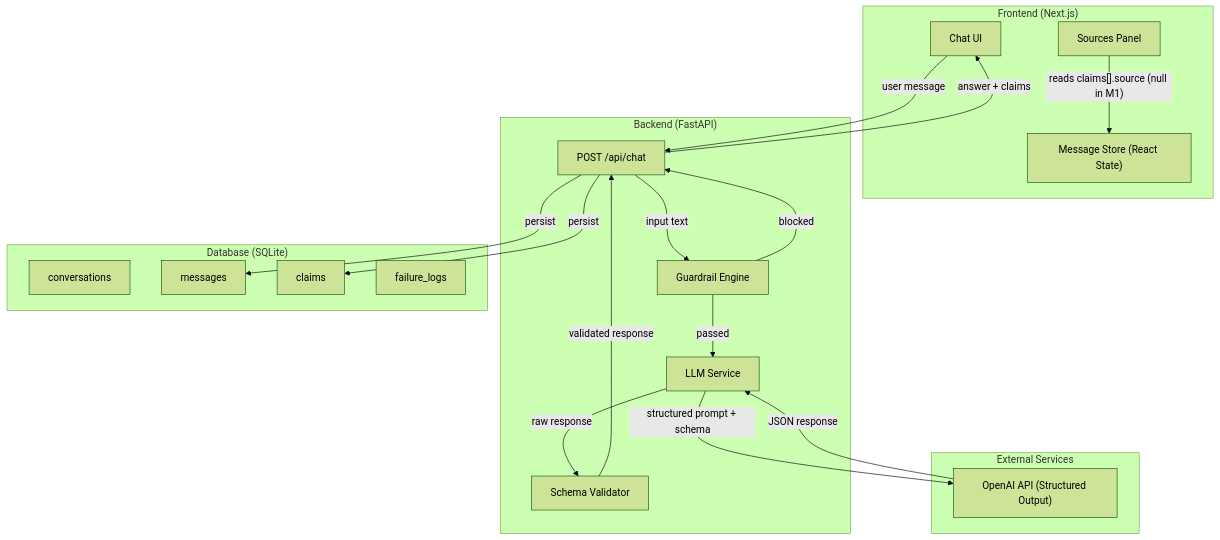
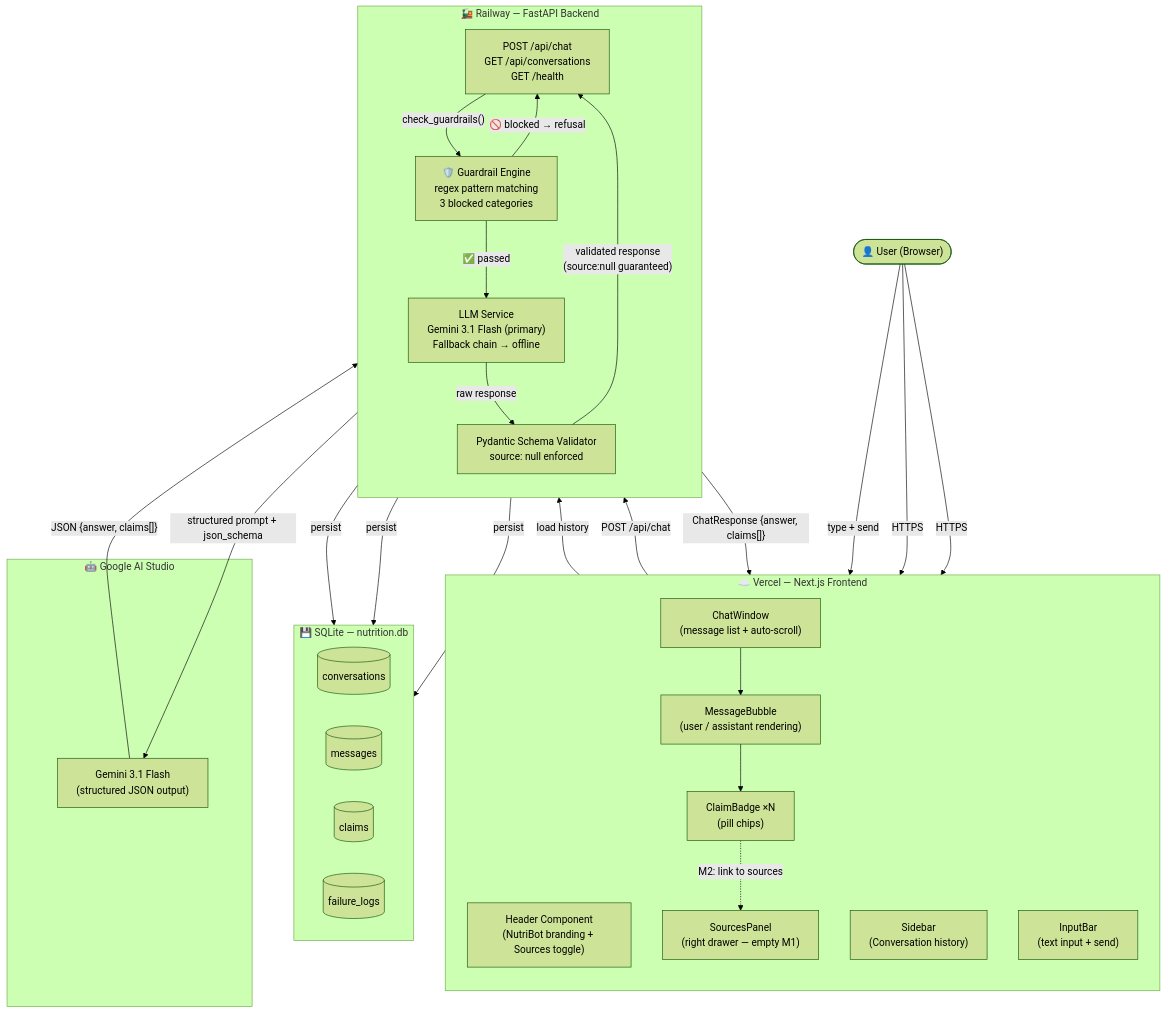
Before and after one commit to TheAlphaBA/Nutrition-app: the first of 6 diagrams in docs/architecture.md, drawn with Mermaid (forest theme). The commit also changed other lines of this file and 6 other files, not shown here.

First line of the commit message:
docs: upgrade all markdown files with rich Mermaid diagrams for better understanding

````diff
--- a/docs/architecture.md
+++ b/docs/architecture.md
@@ -9,39 +9,55 @@
 ```mermaid
 flowchart TB
-    subgraph Client["Frontend (Next.js)"]
-        UI["Chat UI"]
-        SP["Sources Panel"]
-        MS["Message Store (React State)"]
+    User(["👤 User (Browser)"])
+
+    subgraph Frontend["☁️ Vercel — Next.js Frontend"]
+        direction TB
+        Header["Header Component\n(NutriBot branding + Sources toggle)"]
+        Sidebar["Sidebar\n(Conversation history)"]        
+        ChatUI["ChatWindow\n(message list + auto-scroll)"]
+        MsgBubble["MessageBubble\n(user / assistant rendering)"]
+        ClaimBadge["ClaimBadge ×N\n(pill chips)"]        
+        InputBar["InputBar\n(text input + send)"]
+        SourcesDrawer["SourcesPanel\n(right drawer — empty M1)"]
     end
 
-    subgraph Server["Backend (FastAPI)"]
-        API["POST /api/chat"]
-        GR["Guardrail Engine"]
-        LLM["LLM Service"]
-        SC["Schema Validator"]
+    subgraph Backend["🚂 Railway — FastAPI Backend"]
+        direction TB
+        Router["POST /api/chat\nGET /api/conversations\nGET /health"]
+        Guardrails["🛡️ Guardrail Engine\nregex pattern matching\n3 blocked categories"]
+        LLM["LLM Service\nGemini 3.1 Flash (primary)\nFallback chain → offline"]
+        Validator["Pydantic Schema Validator\nsource: null enforced"]
     end
 
-    subgraph External["External Services"]
-        OAI["OpenAI API (Structured Output)"]
+    subgraph DB["💾 SQLite — nutrition.db"]
+        direction LR
+        T1[("conversations")]
+        T2[("messages")]
+        T3[("claims")]
+        T4[("failure_logs")]
     end
 
-    subgraph Storage["Database (SQLite)"]
-        CONV["conversations"]
-        MSG["messages"]
-        CL["claims"]
-        FL["failure_logs"]
+    subgraph Gemini["🤖 Google AI Studio"]
+        GeminiAPI["Gemini 3.1 Flash\n(structured JSON output)"]        
     end
 
-    UI -->|user message| API
-    API -->|input text| GR
-    GR -->|blocked| API
-    GR -->|passed| LLM
-    LLM -->|structured prompt + schema| OAI
-    OAI -->|JSON response| LLM
-    LLM -->|raw response| SC
-    SC -->|validated response| API
-    API -->|persist| MSG
-    API -->|persist| CL
-    API -->|answer + claims| UI
-    SP -->|"reads claims[].source (null in M1)"| MS
+    User -->|HTTPS| Header
+    User -->|HTTPS| Sidebar
+    User -->|type + send| InputBar
+    InputBar -->|POST /api/chat| Router
+    Router -->|"check_guardrails()"| Guardrails
+    Guardrails -->|"🚫 blocked → refusal"| Router
+    Guardrails -->|"✅ passed"| LLM
+    LLM -->|"structured prompt + json_schema"| GeminiAPI
+    GeminiAPI -->|"JSON {answer, claims[]}"| LLM
+    LLM -->|raw response| Validator
+    Validator -->|"validated response\n(source:null guaranteed)"| Router
+    Router -->|persist| T1
+    Router -->|persist| T2
+    Router -->|persist| T3
+    Router -->|"ChatResponse {answer, claims[]}"| ChatUI
+    ChatUI --> MsgBubble
+    MsgBubble --> ClaimBadge
+    ClaimBadge -.->|"M2: link to sources"| SourcesDrawer
+    Sidebar -->|load history| Router
 ```
````
